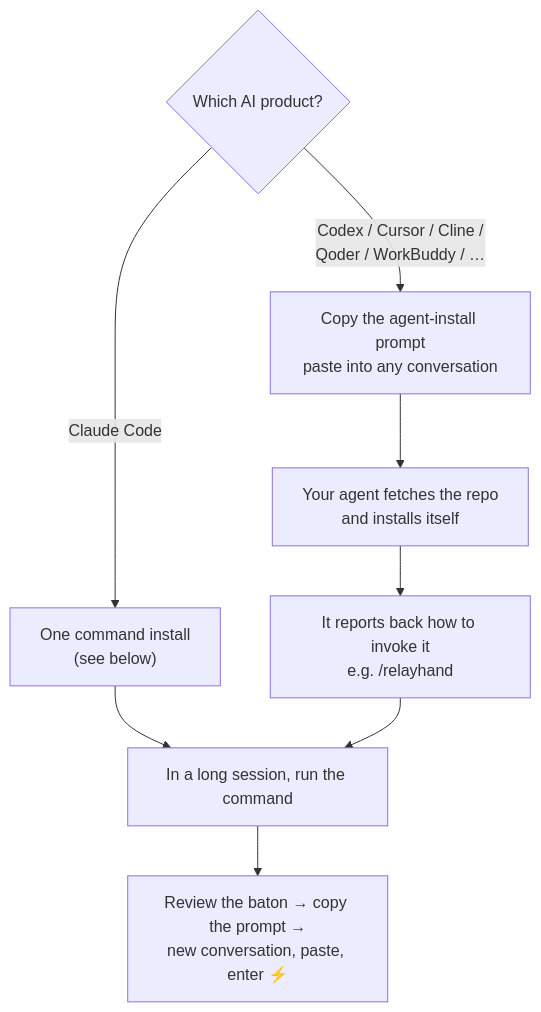
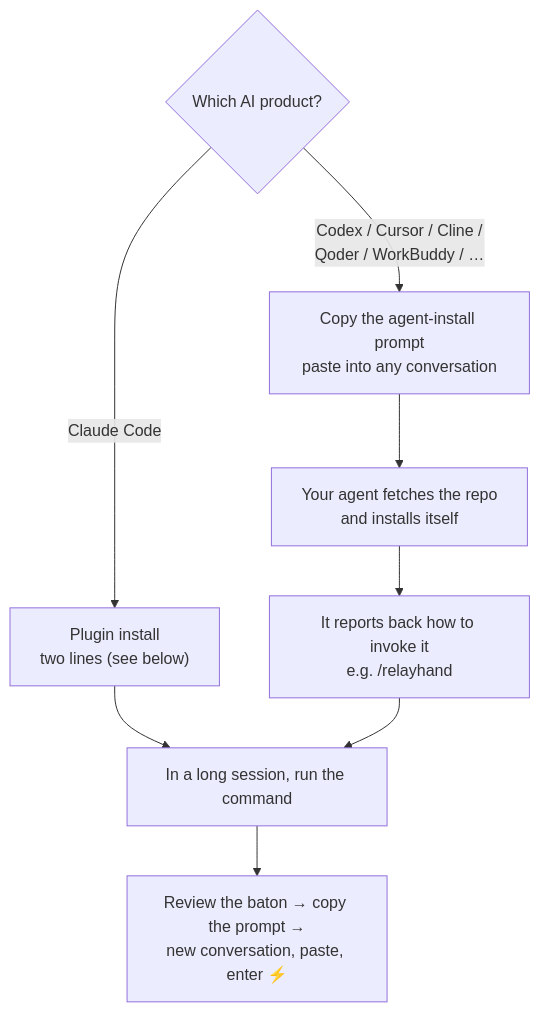
One commit to yanlin-cheng/relayhand changed the second of 3 diagrams in README.md. Above: the diagram before and after it, drawn with Mermaid. The commit also changed other lines of this file and 6 other files, not shown here.

````diff
--- a/README.md
+++ b/README.md
@@ -47,10 +49,10 @@
 ```mermaid
 flowchart TD
-    Start{"Which AI product?"} -->|"Claude Code"| A["One command install<br>(see below)"]
+    Start{"Which AI product?"} -->|"Claude Code"| A["Plugin install<br>two lines (see below)"]
     Start -->|"Codex / Cursor / Cline /<br>Qoder / WorkBuddy / …"| B["Copy the agent-install prompt<br>paste into any conversation"]
     A --> E
     B --> C["Your agent fetches the repo<br>and installs itself"]
     C --> D["It reports back how to invoke it<br>e.g. /relayhand"]
     D --> E["In a long session, run the command"]
     E --> F["Review the baton → copy the prompt →<br>new conversation, paste, enter ⚡"]
 ```
````
